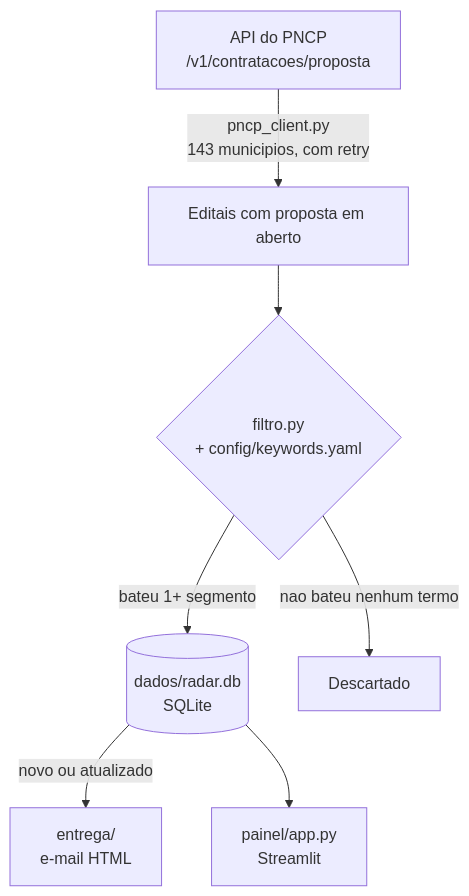
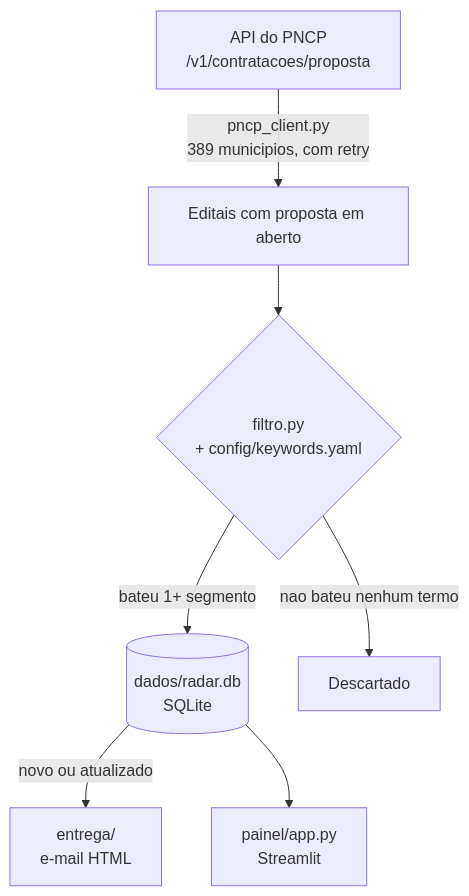
Before and after one commit to brunogitti/radar-nexlicit: the diagram in README.md, drawn with Mermaid. The commit also changed other lines of this file and 5 other files, not shown here.

````diff
--- a/README.md
+++ b/README.md
@@ -20,9 +20,9 @@
 ```mermaid
 flowchart TD
-    A["API do PNCP\n/v1/contratacoes/proposta"] -->|"pncp_client.py\n143 municipios, com retry"| B["Editais com proposta em aberto"]
+    A["API do PNCP\n/v1/contratacoes/proposta"] -->|"pncp_client.py\n389 municipios, com retry"| B["Editais com proposta em aberto"]
     B --> C{"filtro.py\n+ config/keywords.yaml"}
     C -->|"bateu 1+ segmento"| D[("dados/radar.db\nSQLite")]
     C -->|"nao bateu nenhum termo"| E["Descartado"]
     D -->|"novo ou atualizado"| F["entrega/\ne-mail HTML"]
     D --> G["painel/app.py\nStreamlit"]
 ```
````
